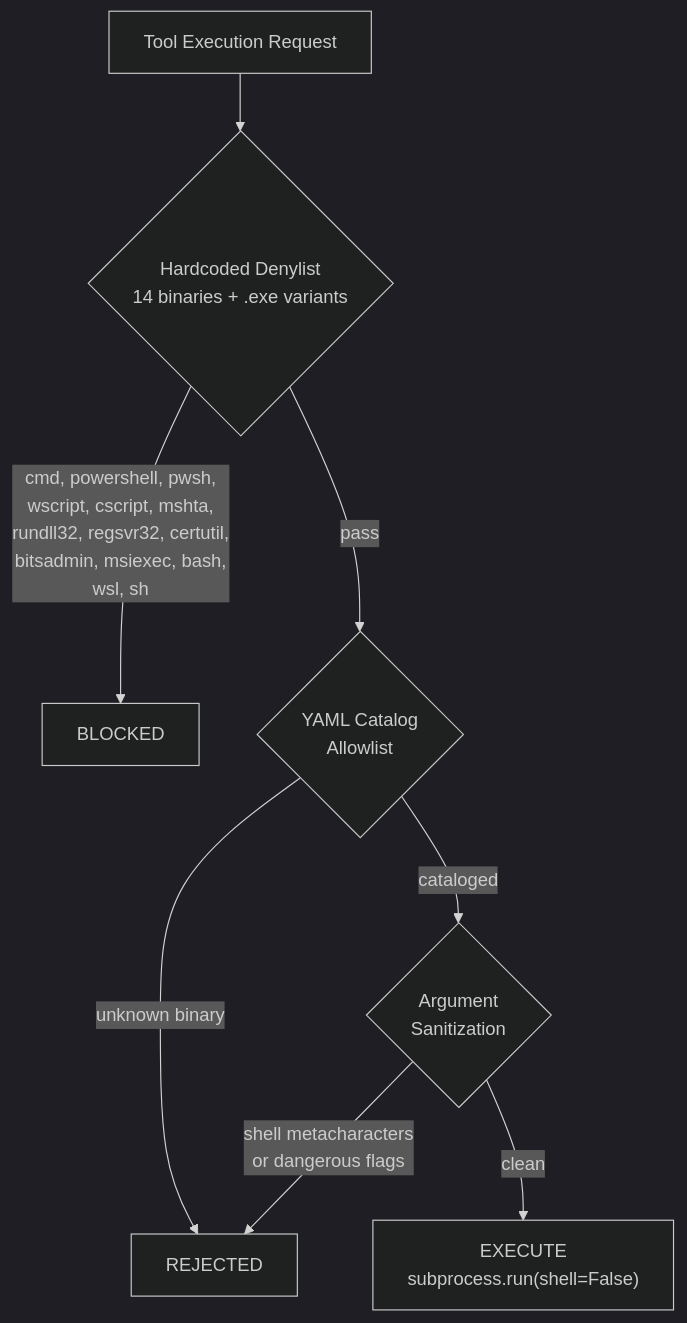
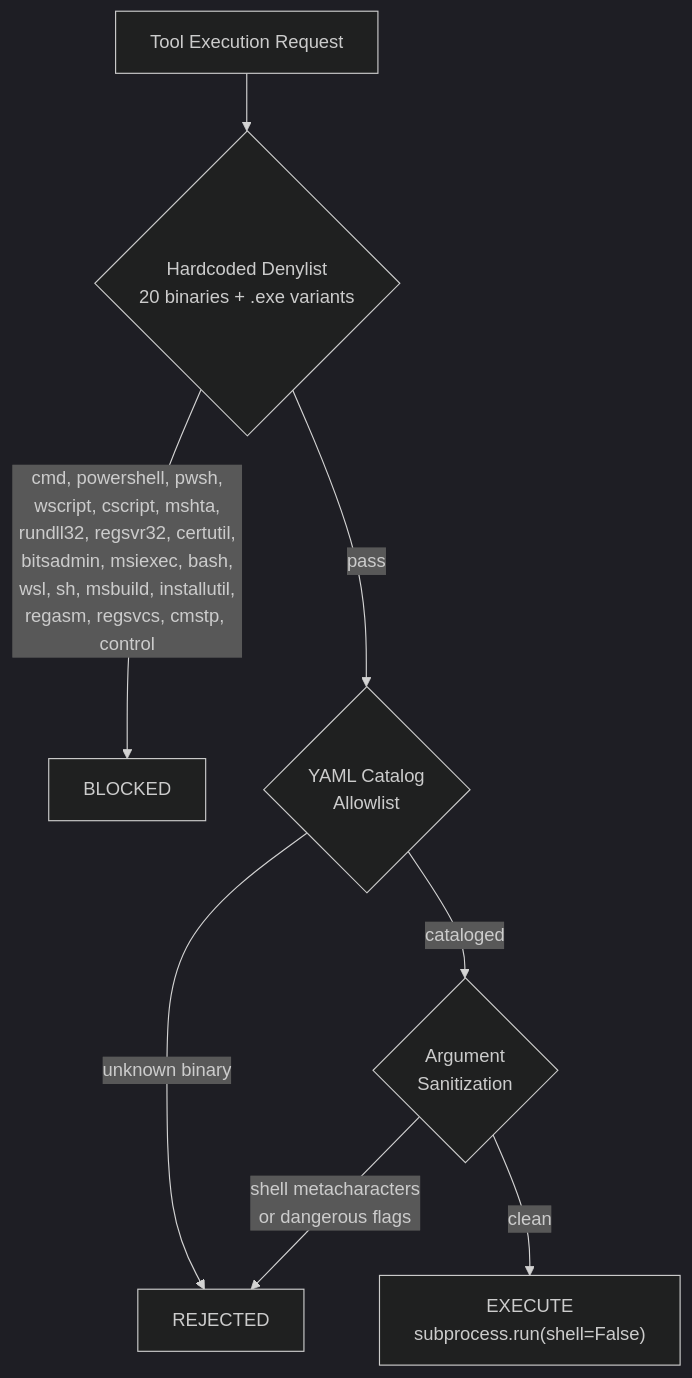
Before and after one commit to AppliedIR/wintools-mcp: the third of 3 diagrams in README.md, drawn with Mermaid (dark theme). The commit also changed other lines of this file and 2 other files, not shown here.

Commit message:
Fix README denylist count, output config, SETUP paths, installer output

````diff
--- a/README.md
+++ b/README.md
@@ -59,10 +59,10 @@
 ```mermaid
 graph TB
-    INPUT["Tool Execution Request"] --> D{"Hardcoded Denylist<br/>14 binaries + .exe variants"}
-    D -->|"cmd, powershell, pwsh,<br/>wscript, cscript, mshta,<br/>rundll32, regsvr32, certutil,<br/>bitsadmin, msiexec, bash,<br/>wsl, sh"| BLOCKED["BLOCKED"]
+    INPUT["Tool Execution Request"] --> D{"Hardcoded Denylist<br/>20 binaries + .exe variants"}
+    D -->|"cmd, powershell, pwsh,<br/>wscript, cscript, mshta,<br/>rundll32, regsvr32, certutil,<br/>bitsadmin, msiexec, bash,<br/>wsl, sh, msbuild, installutil,<br/>regasm, regsvcs, cmstp, control"| BLOCKED["BLOCKED"]
     D -->|"pass"| A{"YAML Catalog<br/>Allowlist"}
     A -->|"unknown binary"| REJECTED["REJECTED"]
     A -->|"cataloged"| S{"Argument<br/>Sanitization"}
     S -->|"shell metacharacters<br/>or dangerous flags"| REJECTED
     S -->|"clean"| E["EXECUTE<br/>subprocess.run(shell=False)"]
 ```
````
